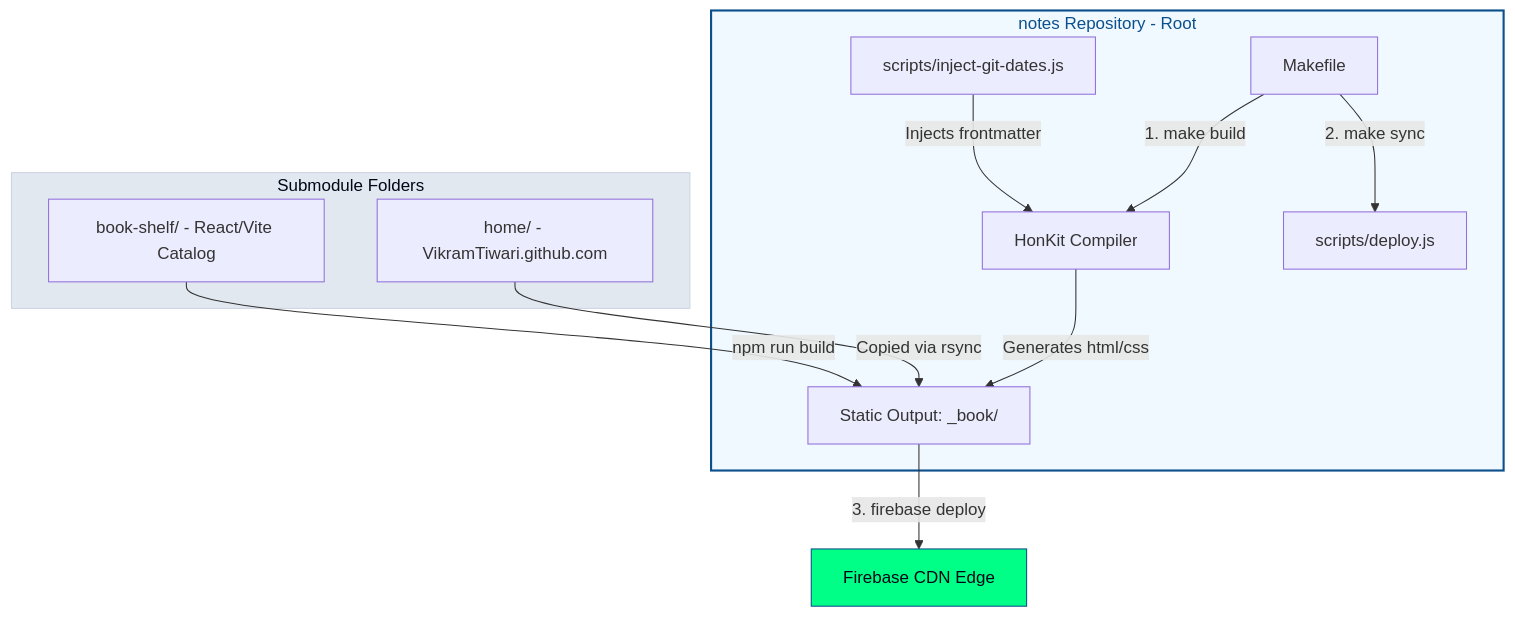
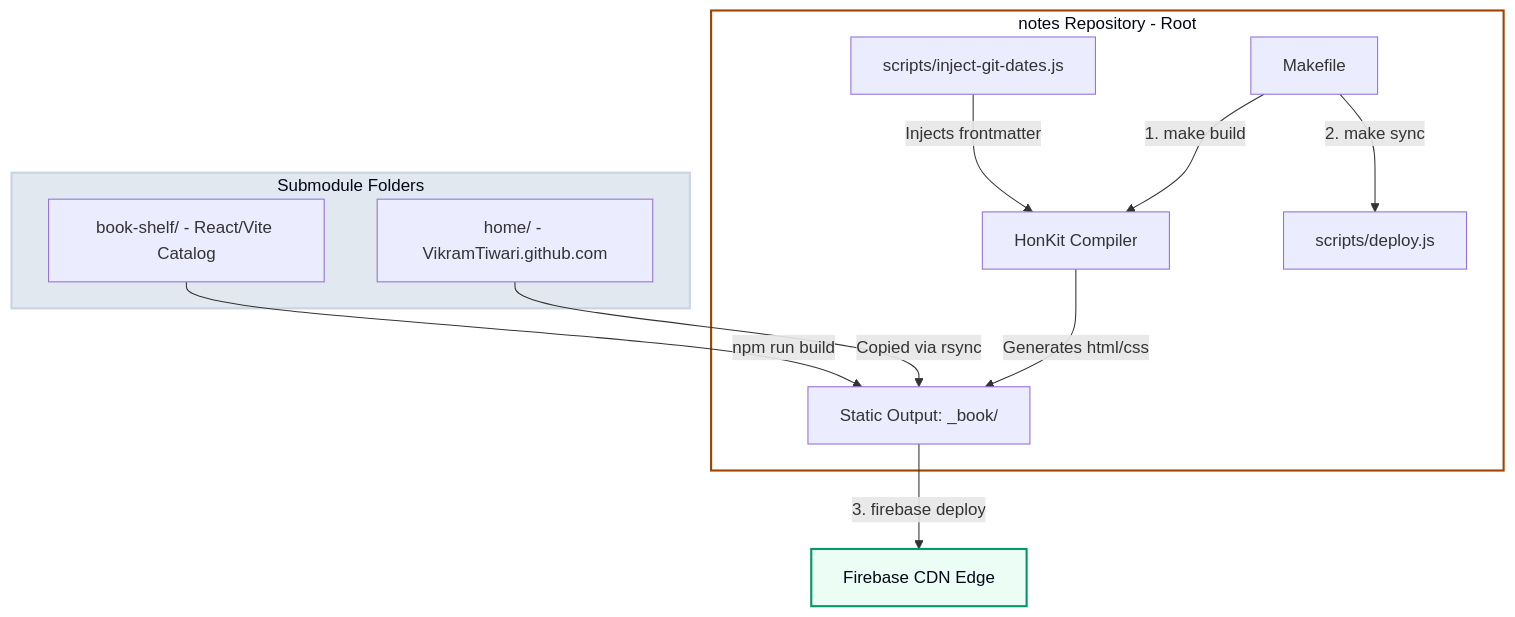
One commit to VikramTiwari/notes changed the diagram in side-projects/notes-architecture.md. Above: the diagram before and after it, drawn with Mermaid. The commit also changed 7 other files, not shown here.

````diff
--- a/side-projects/notes-architecture.md
+++ b/side-projects/notes-architecture.md
@@ -18,20 +18,20 @@
 ```mermaid
 graph TD
     subgraph Parent ["notes Repository - Root"]
         M["Makefile"] -->|"1. make build"| H["HonKit Compiler"]
         M -->|"2. make sync"| S["scripts/deploy.js"]
         H -->|"Generates html/css"| O["Static Output: _book/"]
         D["scripts/inject-git-dates.js"] -->|"Injects frontmatter"| H
     end
 
     subgraph Submodules ["Submodule Folders"]
         Home["home/ - VikramTiwari.github.com"] -->|"Copied via rsync"| O
         Books["book-shelf/ - React/Vite Catalog"] -->|"npm run build"| O
     end
 
     O -->|"3. firebase deploy"| F["Firebase CDN Edge"]
 
-    style Parent fill:#f0f9ff,stroke:#0b4f8c,stroke-width:2px,color:#0b4f8c
-    style Submodules fill:#e2e8f0,stroke:#cbd5e1,color:#020617
-    style F fill:#00ff87,stroke:#0b4f8c,color:#020617
+    style Parent fill:#ffffff,stroke:#a14400,stroke-width:2px,color:#020617
+    style Submodules fill:#e2e8f0,stroke:#cbd5e1,stroke-width:2px,color:#020617
+    style F fill:#ecfdf5,stroke:#059669,stroke-width:2px,color:#020617
 ```
````
